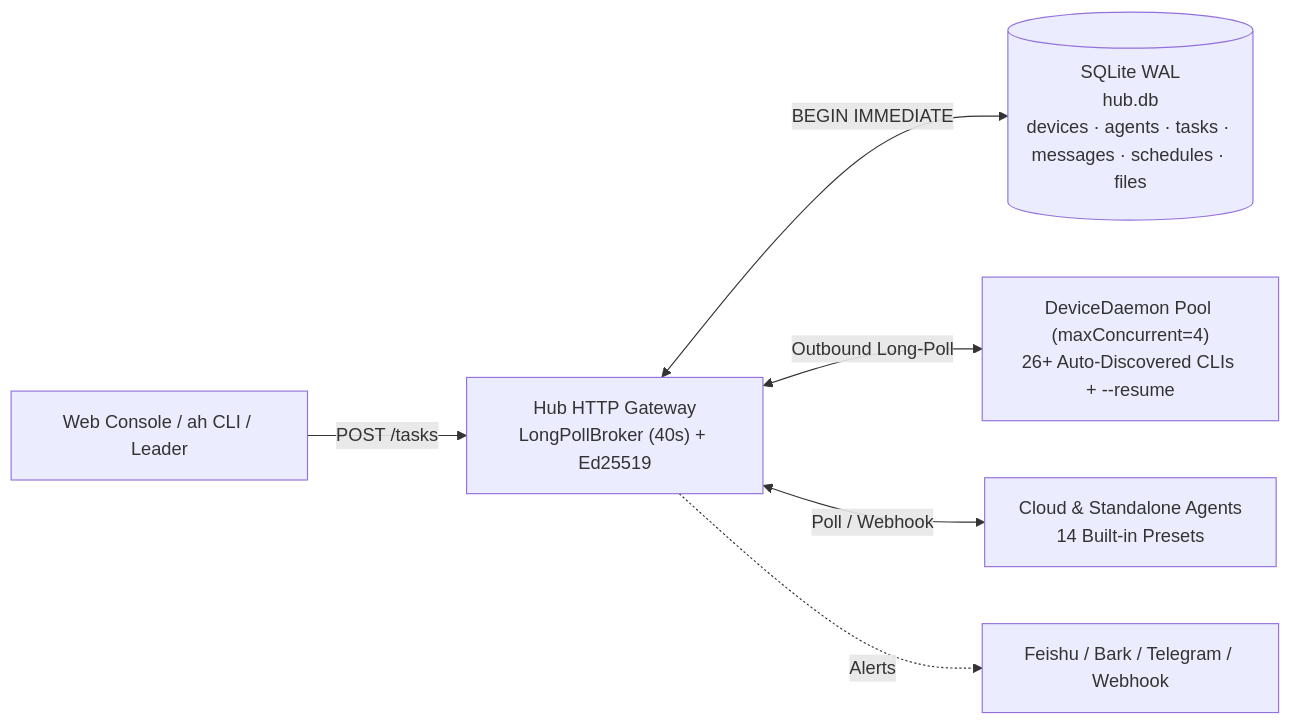
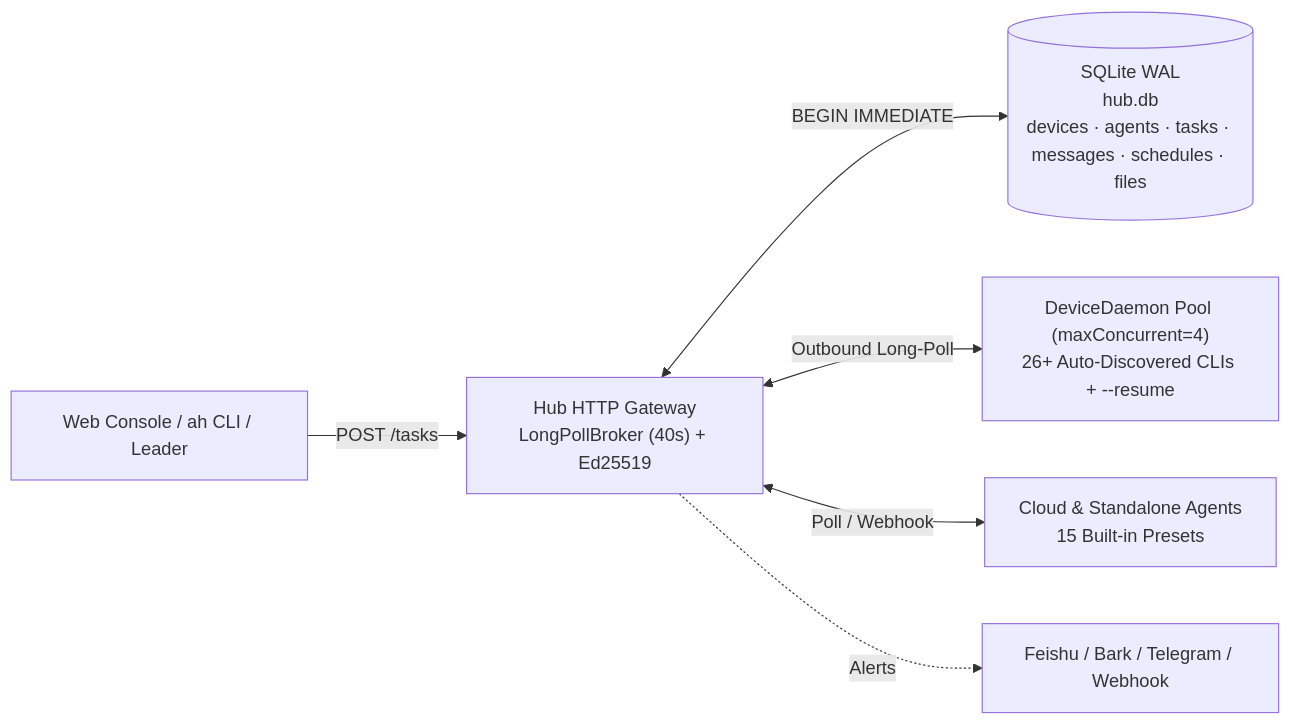
One commit to backtomyfuture/a2a-hub changed the second of 3 diagrams in README.en.md. Above: the diagram before and after it, drawn with Mermaid. The commit also changed other lines of this file and 4 other files, not shown here.

````diff
--- a/README.en.md
+++ b/README.en.md
@@ -174,8 +174,8 @@
 ```mermaid
 flowchart LR
     U["Web Console / ah CLI / Leader"] -->|POST /tasks| GW["Hub HTTP Gateway\nLongPollBroker (40s) + Ed25519"]
     GW <-->|BEGIN IMMEDIATE| DB[("SQLite WAL\nhub.db\ndevices · agents · tasks · messages · schedules · files")]
     GW <-->|Outbound Long-Poll| DEV["DeviceDaemon Pool (maxConcurrent=4)\n26+ Auto-Discovered CLIs + --resume"]
-    GW <-->|Poll / Webhook| CLD["Cloud & Standalone Agents\n14 Built-in Presets"]
+    GW <-->|Poll / Webhook| CLD["Cloud & Standalone Agents\n15 Built-in Presets"]
     GW -.->|Alerts| NTF["Feishu / Bark / Telegram / Webhook"]
 ```
````
